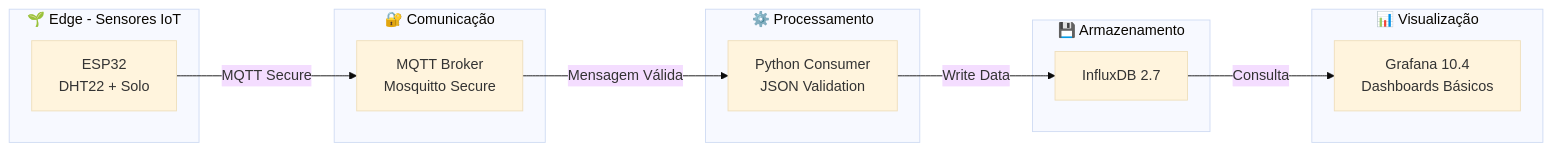
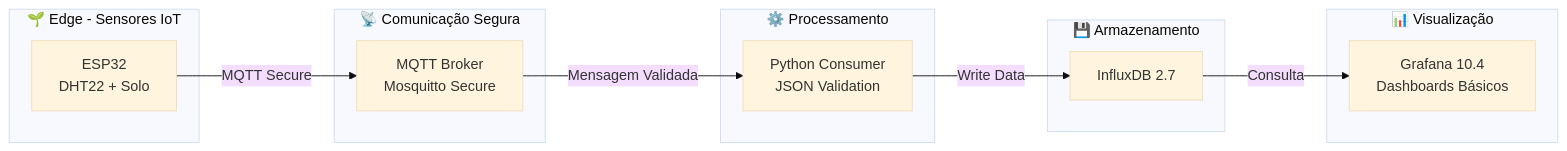
Before and after one commit to GustavoFelipe85/smart-farm-iot-system: the diagram in README.md, drawn with Mermaid (base theme). The commit also changed other lines of this file, not shown here.

````diff
--- a/README.md
+++ b/README.md
@@ -43,28 +43,28 @@
 ```mermaid
 flowchart LR
-  subgraph Edge[🌱 Edge - Sensores IoT]
-    ESP[ESP32<br>DHT22 + Solo]
+  subgraph EDGE[🌱 Edge - Sensores IoT]
+    ESP[ESP32<br/>DHT22 + Solo]
   end
 
-  subgraph Comm[🔐 Comunicação]
-    MQ[MQTT Broker<br>Mosquitto Secure]
+  subgraph COMM[📡 Comunicação Segura]
+    MQ[MQTT Broker<br/>Mosquitto Secure]
   end
 
-  subgraph Proc[⚙️ Processamento]
-    PY[Python Consumer<br>JSON Validation]
+  subgraph PROC[⚙️ Processamento]
+    PY[Python Consumer<br/>JSON Validation]
   end
 
   subgraph DB[💾 Armazenamento]
     INF[InfluxDB 2.7]
   end
 
-  subgraph Viz[📊 Visualização]
-    GF[Grafana 10.4<br>Dashboards Básicos]
+  subgraph VIS[📊 Visualização]
+    GF[Grafana 10.4<br/>Dashboards Básicos]
   end
 
   ESP -->|MQTT Secure| MQ
-  MQ -->|Mensagem Válida| PY
+  MQ -->|Mensagem Validada| PY
   PY -->|Write Data| INF
   INF -->|Consulta| GF
 
 ```
````
